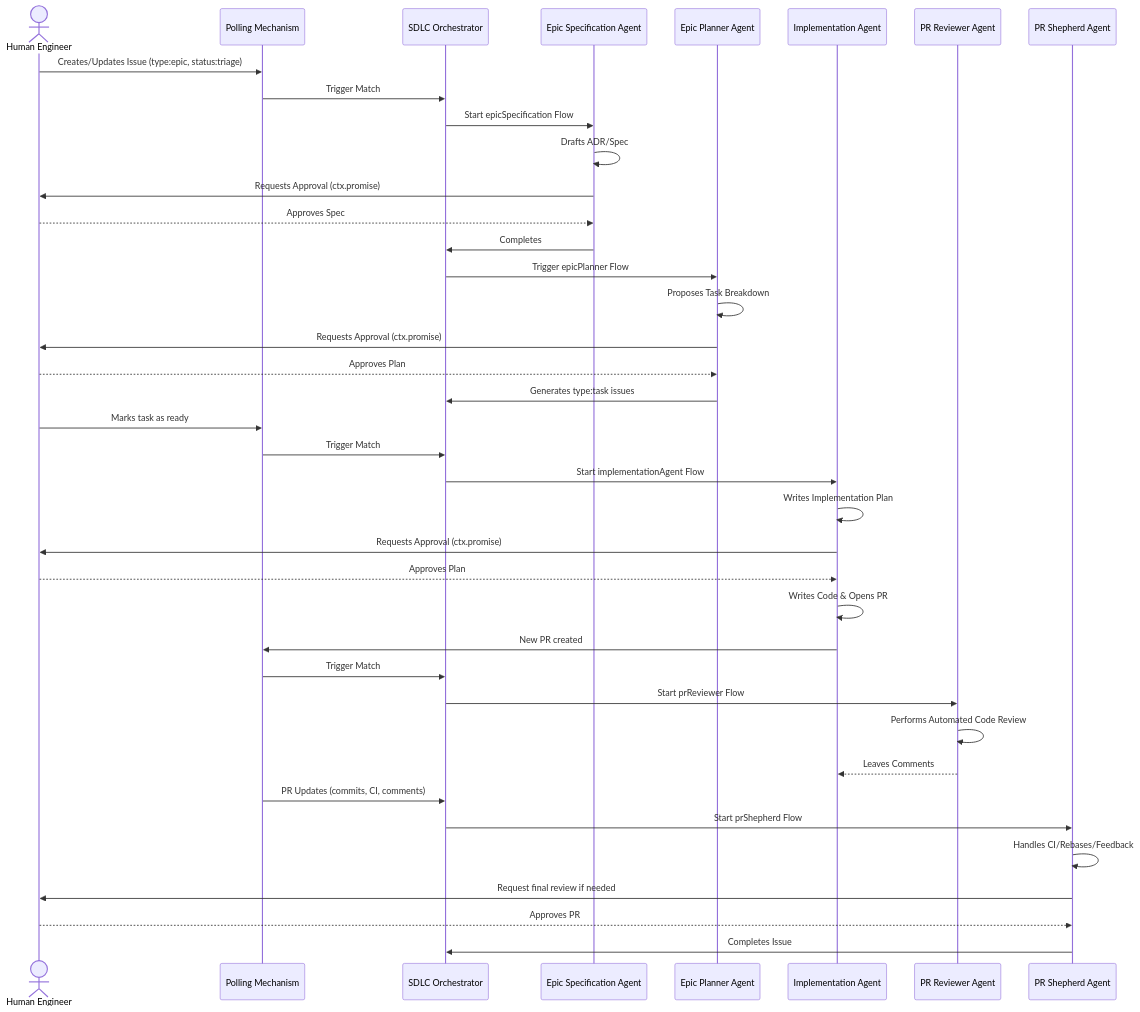
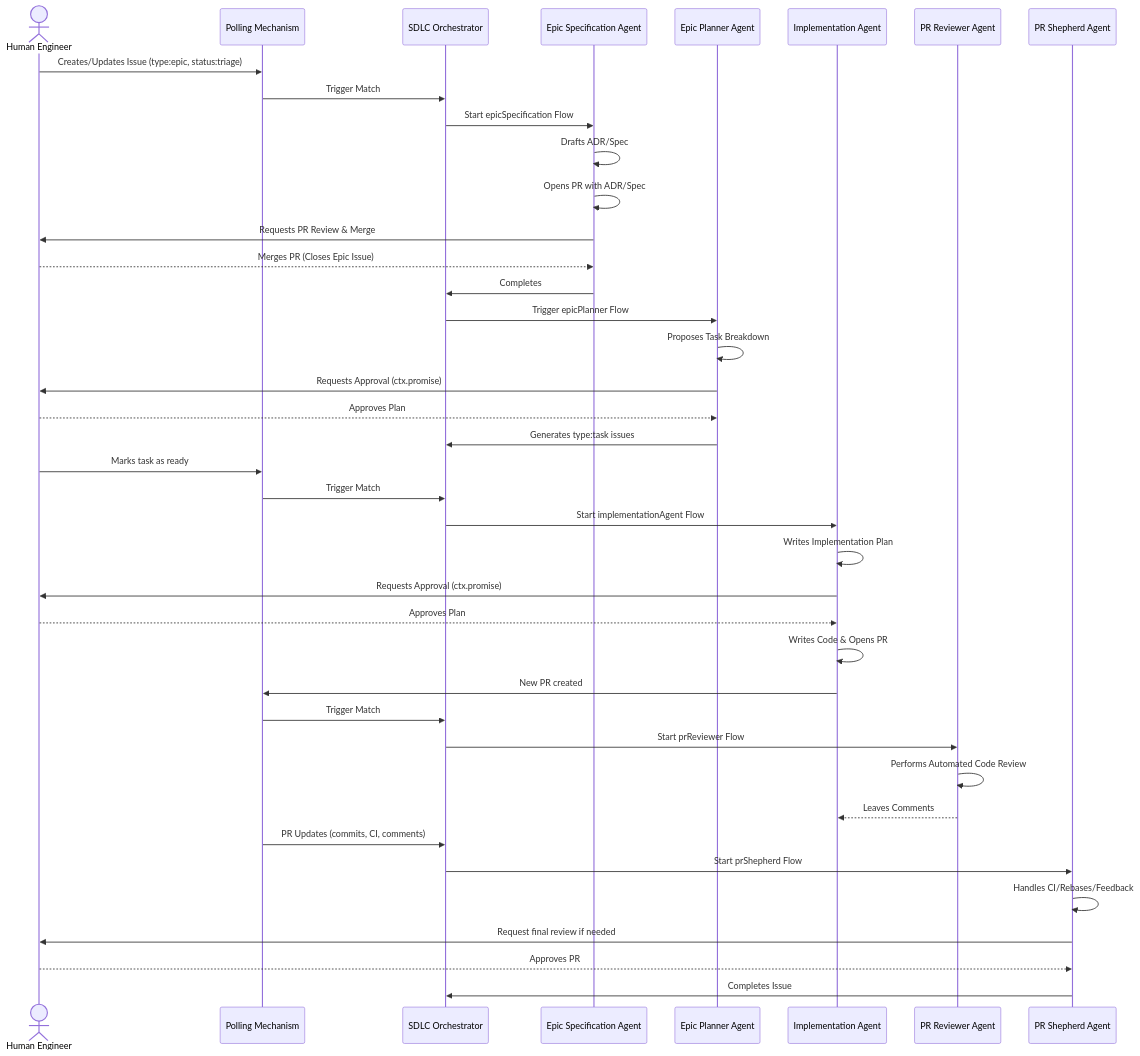
Before and after one commit to durellinux/son-of-anton: the diagram in docs/adr/0003-comprehensive-sdlc-workflows.md, drawn with Mermaid. The commit also changed other lines of this file, not shown here.

Commit message:
address review comments for PR #68

````diff
--- a/docs/adr/0003-comprehensive-sdlc-workflows.md
+++ b/docs/adr/0003-comprehensive-sdlc-workflows.md
@@ -24,46 +24,47 @@
 ```mermaid
 sequenceDiagram
     actor Human as Human Engineer
     participant Poller as Polling Mechanism
     participant SDLC as SDLC Orchestrator
     participant EpicSpec as Epic Specification Agent
     participant Planner as Epic Planner Agent
     participant Impl as Implementation Agent
     participant PRRev as PR Reviewer Agent
     participant PRShep as PR Shepherd Agent
     
     Human->>Poller: Creates/Updates Issue (type:epic, status:triage)
     Poller->>SDLC: Trigger Match
     SDLC->>EpicSpec: Start epicSpecification Flow
     EpicSpec->>EpicSpec: Drafts ADR/Spec
-    EpicSpec->>Human: Requests Approval (ctx.promise)
-    Human-->>EpicSpec: Approves Spec
+    EpicSpec->>EpicSpec: Opens PR with ADR/Spec
+    EpicSpec->>Human: Requests PR Review & Merge
+    Human-->>EpicSpec: Merges PR (Closes Epic Issue)
     
     EpicSpec->>SDLC: Completes
     SDLC->>Planner: Trigger epicPlanner Flow
     Planner->>Planner: Proposes Task Breakdown
     Planner->>Human: Requests Approval (ctx.promise)
     Human-->>Planner: Approves Plan
     Planner->>SDLC: Generates type:task issues
     
     Human->>Poller: Marks task as ready
     Poller->>SDLC: Trigger Match
     SDLC->>Impl: Start implementationAgent Flow
     Impl->>Impl: Writes Implementation Plan
     Impl->>Human: Requests Approval (ctx.promise)
     Human-->>Impl: Approves Plan
     Impl->>Impl: Writes Code & Opens PR
     
     Impl->>Poller: New PR created
     Poller->>SDLC: Trigger Match
     SDLC->>PRRev: Start prReviewer Flow
     PRRev->>PRRev: Performs Automated Code Review
     PRRev-->>Impl: Leaves Comments
     
     Poller->>SDLC: PR Updates (commits, CI, comments)
     SDLC->>PRShep: Start prShepherd Flow
     PRShep->>PRShep: Handles CI/Rebases/Feedback
     PRShep->>Human: Request final review if needed
     Human-->>PRShep: Approves PR
     PRShep->>SDLC: Completes Issue
 ```
````
